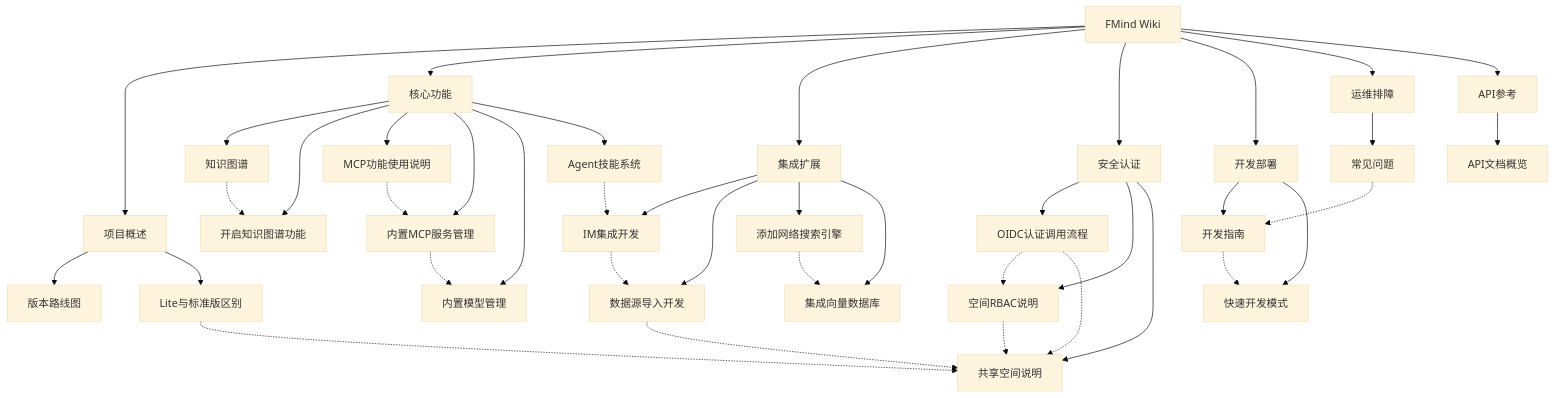
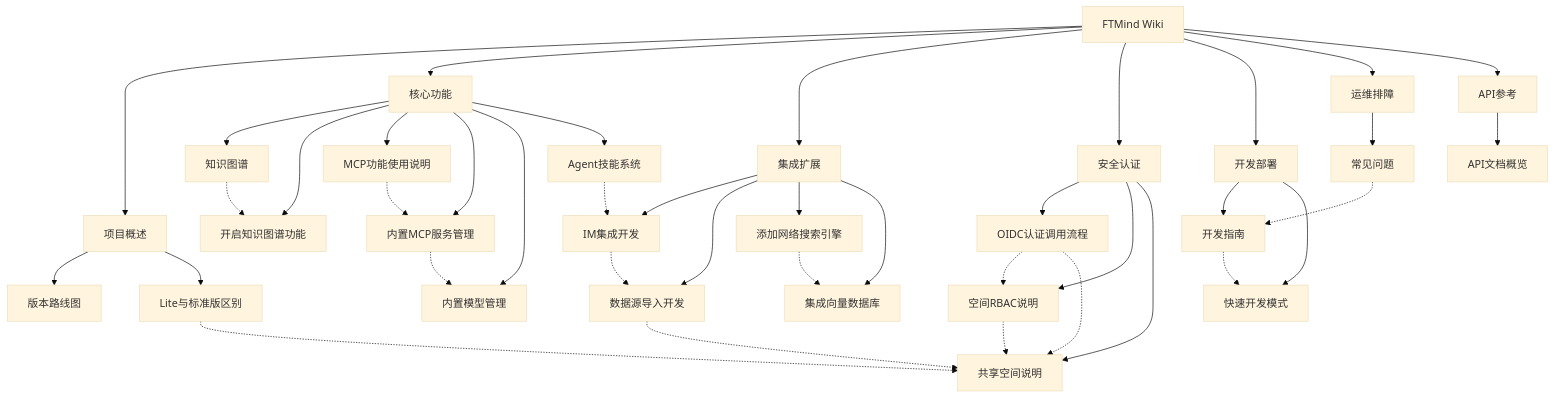
The diagram in docs/wiki/Home.md (justaboyhai-wq/FTMind), drawn with Mermaid (base theme) before and after one commit. The commit also changed other lines of this file and 355 other files, not shown here.

First line of the commit message:
feat: global rebrand from FMind to FTMind with backward compatibility

````diff
--- a/docs/wiki/Home.md
+++ b/docs/wiki/Home.md
@@ -71,51 +71,51 @@
 ```mermaid
 graph TB
-    Home[FMind Wiki]
+    Home[FTMind Wiki]
     Home --> 项目概述
     Home --> 核心功能
     Home --> 集成扩展
     Home --> 安全认证
     Home --> 开发部署
     Home --> 运维排障
     Home --> API参考
 
     项目概述 --> ROADMAP[版本路线图]
     项目概述 --> LITE[Lite与标准版区别]
 
     核心功能 --> KG[知识图谱]
     核心功能 --> KGSetup[开启知识图谱功能]
     核心功能 --> MCP[MCP功能使用说明]
     核心功能 --> BuiltinMCP[内置MCP服务管理]
     核心功能 --> BuiltinModel[内置模型管理]
     核心功能 --> Skills[Agent技能系统]
 
     集成扩展 --> IM[IM集成开发]
     集成扩展 --> DS[数据源导入开发]
     集成扩展 --> WebSearch[添加网络搜索引擎]
     集成扩展 --> VecDB[集成向量数据库]
 
     安全认证 --> OIDC[OIDC认证调用流程]
     安全认证 --> RBAC[空间RBAC说明]
     安全认证 --> SharedSpace[共享空间说明]
 
     开发部署 --> DevGuide[开发指南]
     开发部署 --> QuickDev[快速开发模式]
 
     运维排障 --> FAQ[常见问题]
 
     API参考 --> APIOverview[API文档概览]
 
     KG -.-> KGSetup
     MCP -.-> BuiltinMCP
     BuiltinMCP -.-> BuiltinModel
     Skills -.-> IM
     IM -.-> DS
     DS -.-> SharedSpace
     OIDC -.-> RBAC
     RBAC -.-> SharedSpace
     OIDC -.-> SharedSpace
     LITE -.-> SharedSpace
     WebSearch -.-> VecDB
     DevGuide -.-> QuickDev
     FAQ -.-> DevGuide
 ```
````
